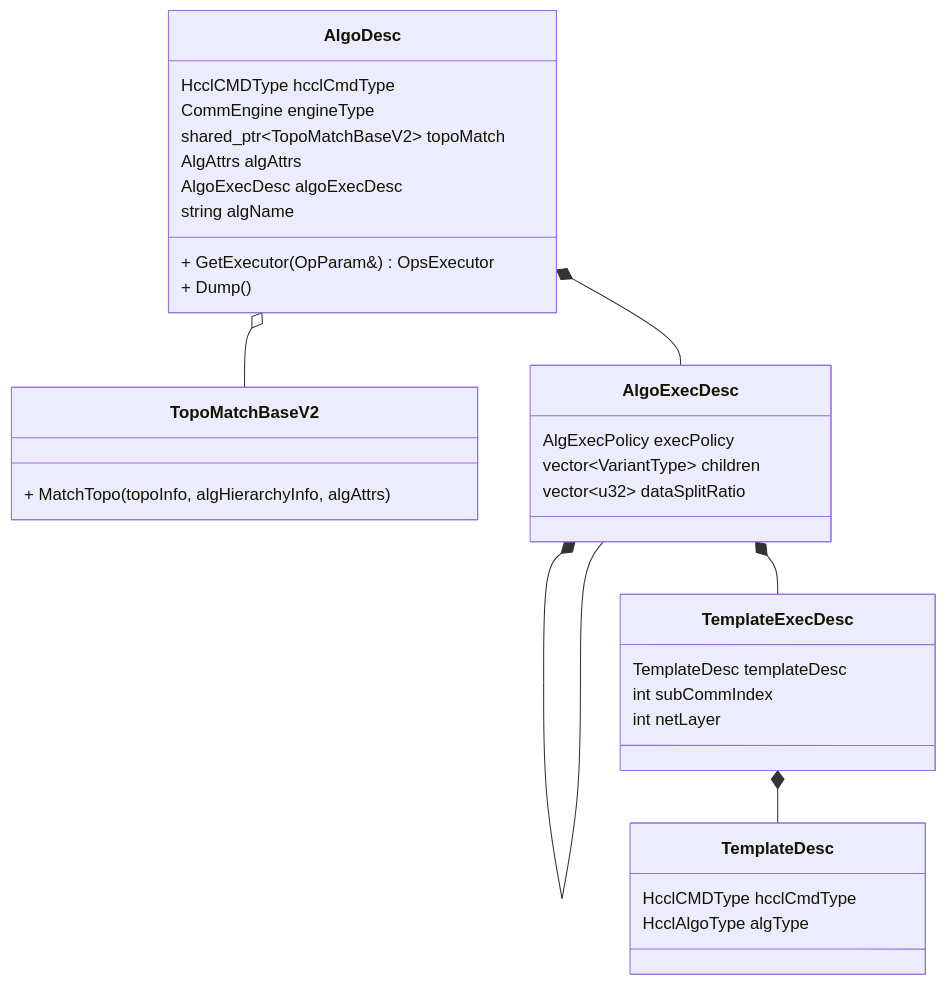
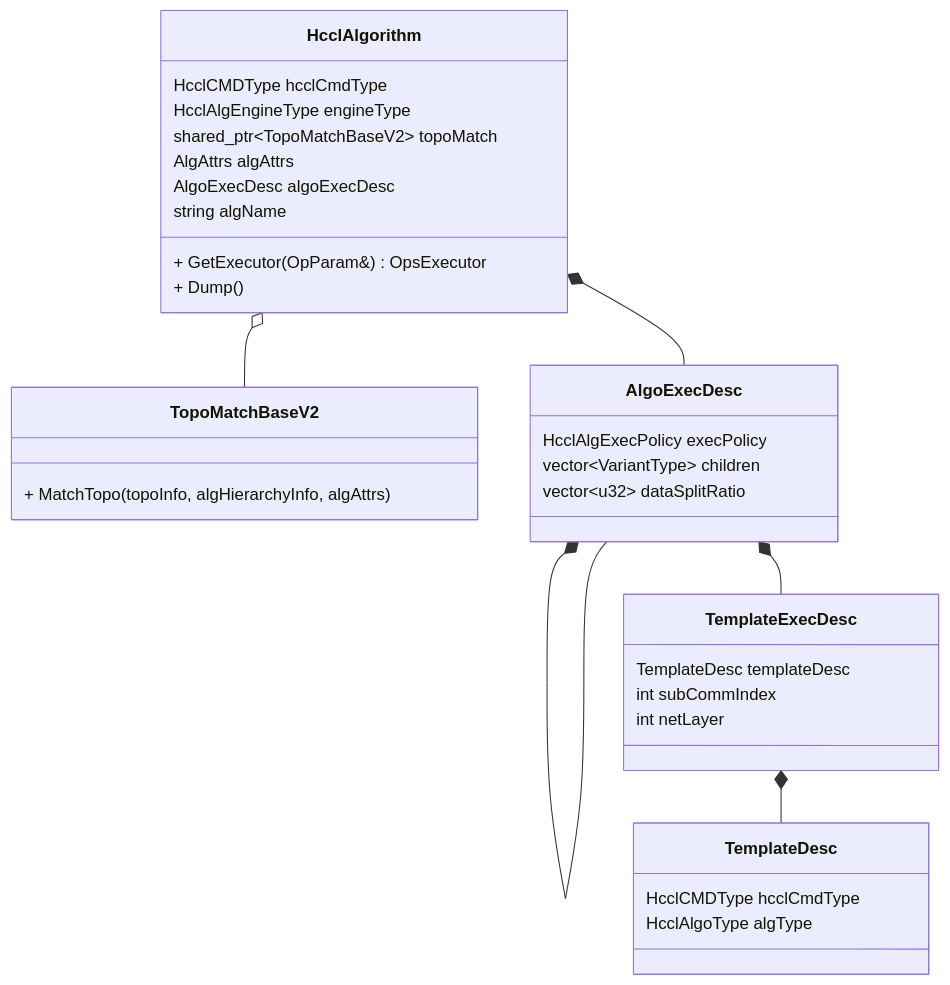
Before and after one commit to hicann/hccl: the third of 10 diagrams in docs/zh/rfcs/0003-executor-template-refactor.md, drawn with Mermaid. The commit also changed other lines of this file and 39 other files, not shown here.

````diff
--- a/docs/zh/rfcs/0003-executor-template-refactor.md
+++ b/docs/zh/rfcs/0003-executor-template-refactor.md
@@ -277,35 +279,35 @@
 ```mermaid
 classDiagram
-    class AlgoDesc {
+    class HcclAlgorithm {
         HcclCMDType hcclCmdType
-        CommEngine engineType
+        HcclAlgEngineType engineType
         shared_ptr~TopoMatchBaseV2~ topoMatch
         AlgAttrs algAttrs
         AlgoExecDesc algoExecDesc
         string algName
         + GetExecutor(OpParam&) OpsExecutor
         + Dump()
     }
     class TopoMatchBaseV2 {
         + MatchTopo(topoInfo, algHierarchyInfo, algAttrs)
     }
     class AlgoExecDesc {
-        AlgExecPolicy execPolicy
+        HcclAlgExecPolicy execPolicy
         vector~VariantType~ children
         vector~u32~ dataSplitRatio
     }
     class TemplateExecDesc {
         TemplateDesc templateDesc
         int subCommIndex
         int netLayer
     }
     class TemplateDesc {
         HcclCMDType hcclCmdType
         HcclAlgoType algType
     }
-    AlgoDesc *-- AlgoExecDesc
-    AlgoDesc o-- TopoMatchBaseV2
+    HcclAlgorithm *-- AlgoExecDesc
+    HcclAlgorithm o-- TopoMatchBaseV2
     AlgoExecDesc *-- AlgoExecDesc
     AlgoExecDesc *-- TemplateExecDesc
     TemplateExecDesc *-- TemplateDesc
 ```
````
